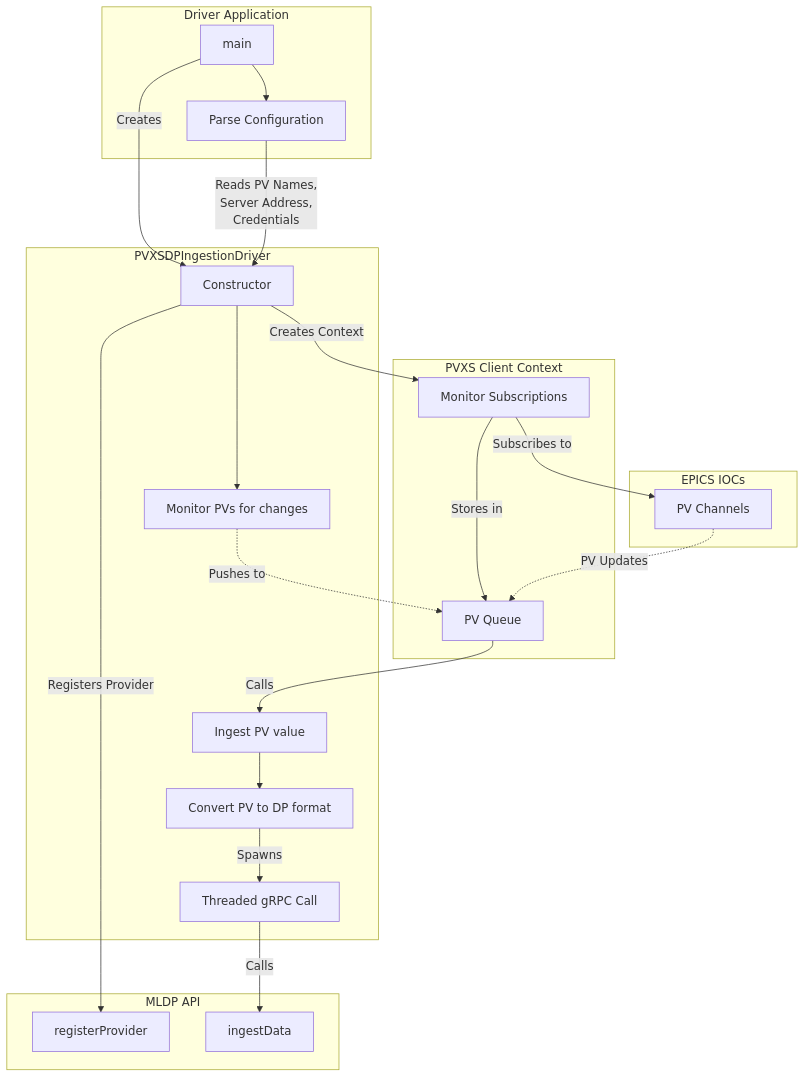
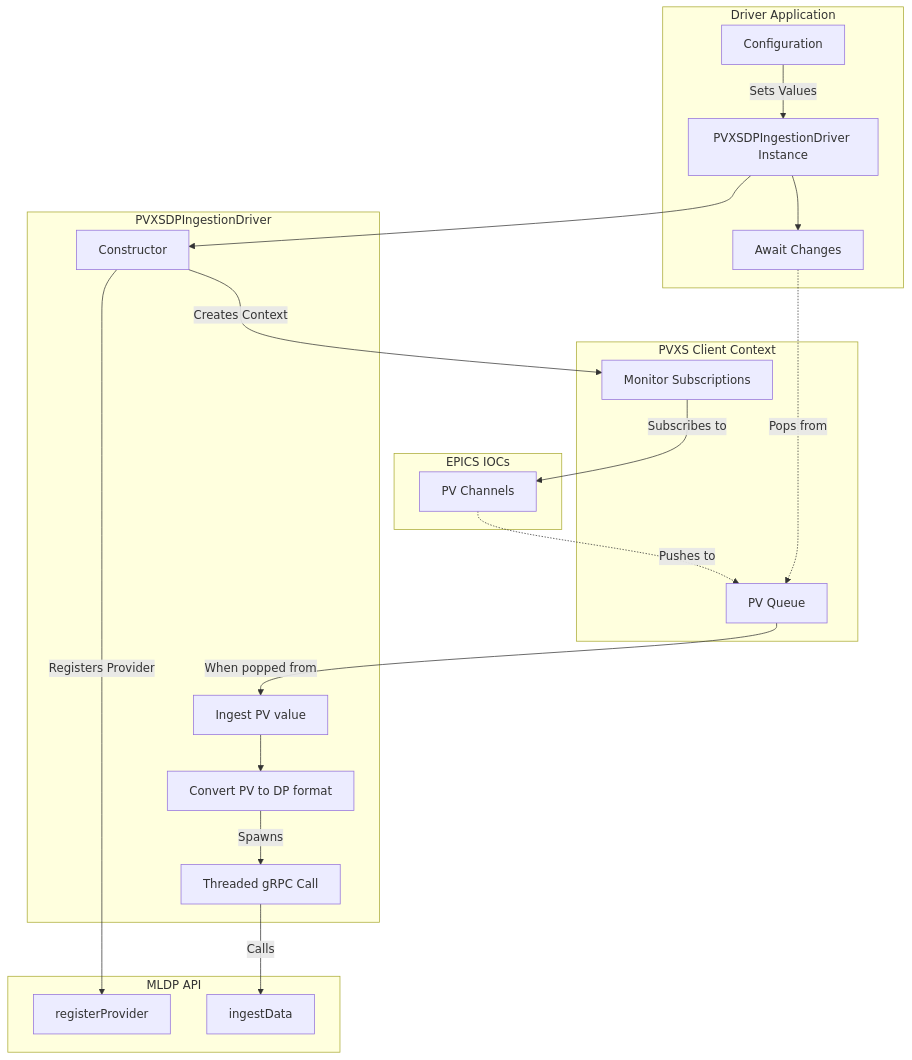
One commit to slaclab/mldp-pvxs-driver changed the diagram in README.md. Above: the diagram before and after it, drawn with Mermaid. The commit also changed other lines of this file, not shown here.

Commit message:
fix: add sample config and update architecture diagram in readme

````diff
--- a/README.md
+++ b/README.md
@@ -5,52 +34,50 @@
 ```mermaid
 graph
     subgraph "Driver Application"
-        Main[main]
-        Config[Parse Configuration]
-        Main --> Config
+        Config[Configuration]
+        Runner[PVXSDPIngestionDriver Instance]
+        Run[Await Changes]
     end
 
     subgraph "PVXSDPIngestionDriver"
         Driver[Constructor]
-        Run[Monitor PVs for changes]
         Convert[Convert PV to DP format]
         Thread1[Threaded gRPC Call]
         Ingest[Ingest PV value]
 
-        Driver --> Run
         Ingest --> Convert
     end
 
     subgraph "PVXS Client Context"
         Monitor[Monitor Subscriptions]
         WorkQueue[PV Queue]
     end
 
     subgraph "MLDP API"
         Register[registerProvider]
         IngestData[ingestData]
     end
 
     subgraph "EPICS IOCs"
         PVServer[PV Channels]
     end
 
-    Main -->|Creates| Driver
-    Config -->|Reads PV Names,<br/>Server Address,<br/>Credentials| Driver
+    Config -->|Sets Values| Runner
+    Runner --> Driver
+    Runner --> Run
 
     Driver -->|Registers Provider| Register
 
     Driver -->|Creates Context| Monitor
     Monitor -->|Subscribes to| PVServer
-    Monitor -->|Stores in| WorkQueue
 
-    PVServer -.->|PV Updates| WorkQueue
+    PVServer -.->|Pushes to| WorkQueue
 
-    WorkQueue -->|Calls| Ingest
+    WorkQueue -->|When popped from| Ingest
 
     Convert -->|Spawns| Thread1
 
     Thread1 -->|Calls| IngestData
 
-    Run -.->|Pushes to| WorkQueue
+    Run -.->|Pops from| WorkQueue
 ```
````
